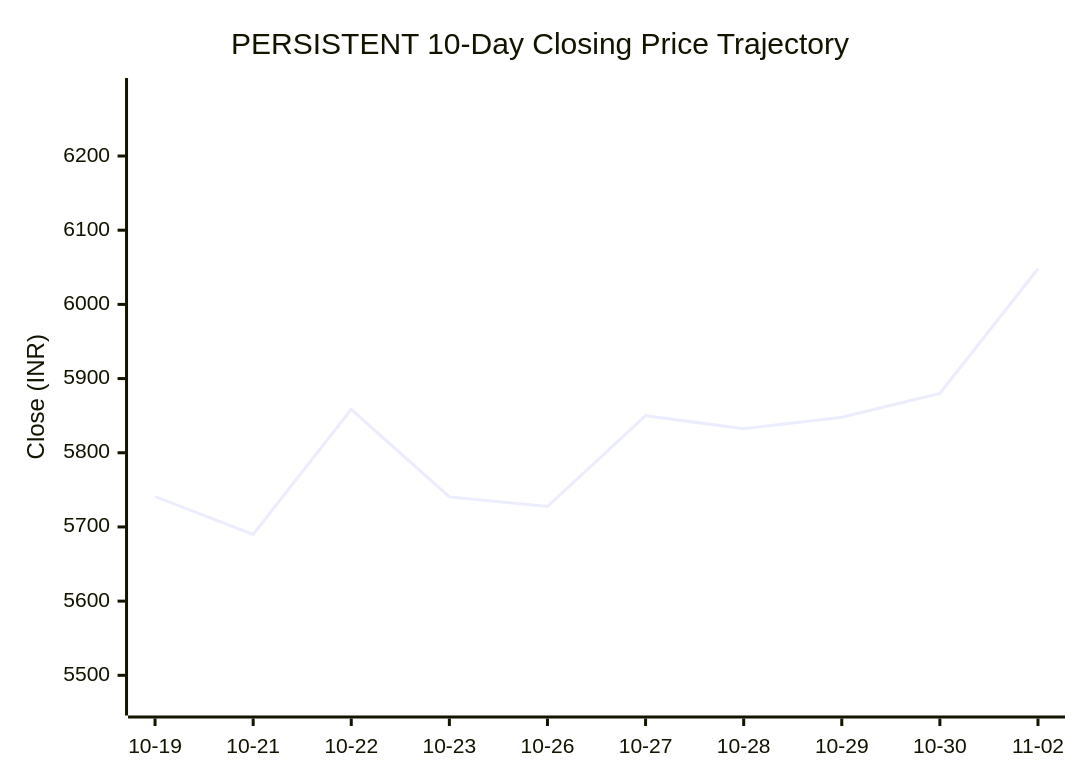
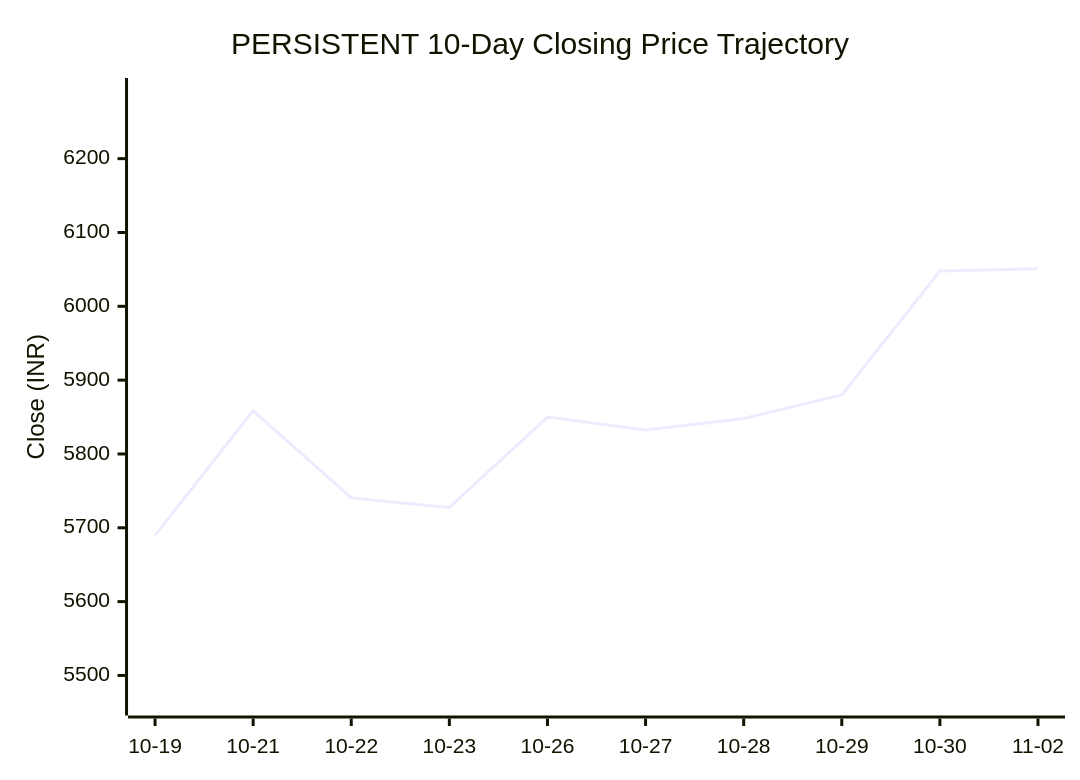
Before and after one commit to purnareddy9/dev: the first of 2 diagrams in market-intelligence/stocks/PERSISTENT/history/2026-11-02.md, drawn with Mermaid. The commit also changed other lines of this file and 5 other files, not shown here.

Commit message:
feat: add live official NSE FII/DII cash flow tracking, fix markdown rendering, and maintain PERSISTENT default

````diff
--- a/market-intelligence/stocks/PERSISTENT/history/2026-11-02.md
+++ b/market-intelligence/stocks/PERSISTENT/history/2026-11-02.md
@@ -43,7 +43,7 @@
 ```mermaid
 xychart-beta
     title "PERSISTENT 10-Day Closing Price Trajectory"
     x-axis ["10-19", "10-21", "10-22", "10-23", "10-26", "10-27", "10-28", "10-29", "10-30", "11-02"]
-    y-axis "Close (INR)" 5462 --> 6289
-    line [5741.0, 5690.0, 5858.5, 5740.5, 5727.5, 5850.0, 5832.5, 5848.0, 5880.0, 6048.0]
+    y-axis "Close (INR)" 5462 --> 6293
+    line [5690.0, 5858.5, 5740.5, 5727.5, 5850.0, 5832.5, 5848.0, 5880.0, 6048.0, 6051.0]
 ```
````
